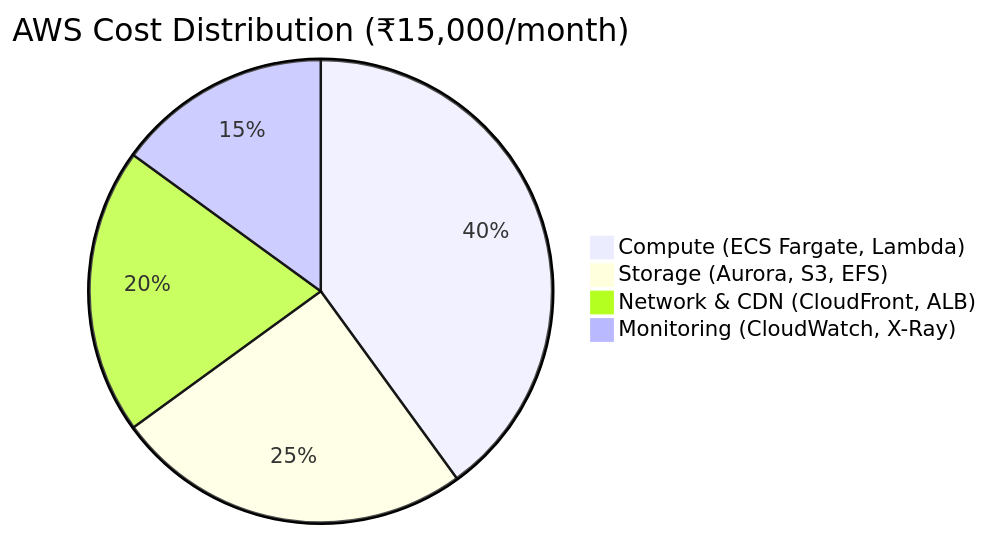
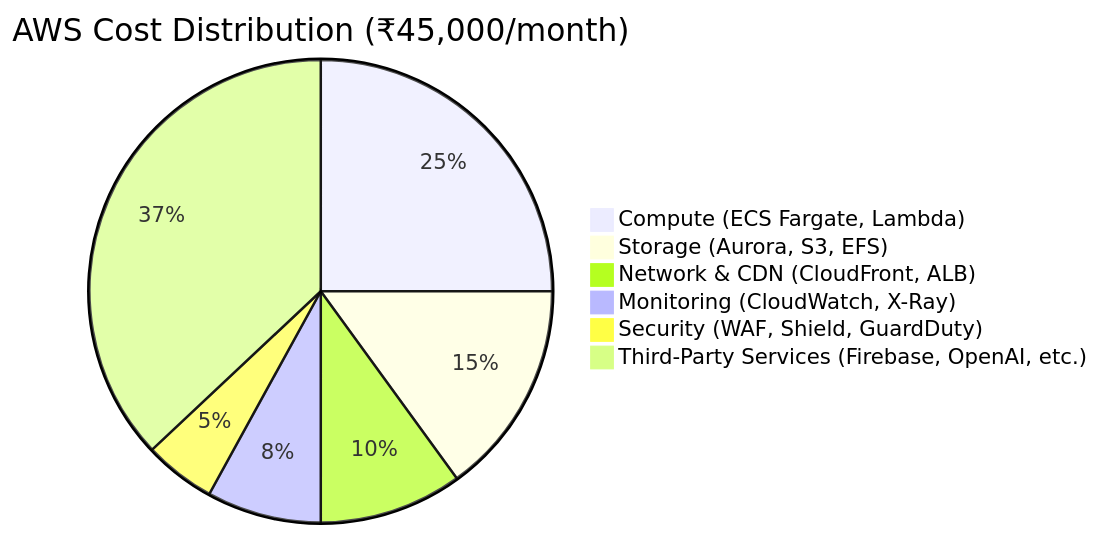
Before and after one commit to manizvlabs/agentmitra: the sixth of 16 diagrams in discovery/deployment/deployment-design.md, drawn with Mermaid. The commit also changed other lines of this file, not shown here.

First line of the commit message:
refactor: unify backend architecture - remove Node.js backend, keep React frontend

````diff
--- a/discovery/deployment/deployment-design.md
+++ b/discovery/deployment/deployment-design.md
@@ -155,7 +595,9 @@
 ```mermaid
-pie title AWS Cost Distribution (₹15,000/month)
-    "Compute (ECS Fargate, Lambda)" : 40
-    "Storage (Aurora, S3, EFS)" : 25
-    "Network & CDN (CloudFront, ALB)" : 20
-    "Monitoring (CloudWatch, X-Ray)" : 15
+pie title AWS Cost Distribution (₹45,000/month)
+    "Compute (ECS Fargate, Lambda)" : 25
+    "Storage (Aurora, S3, EFS)" : 15
+    "Network & CDN (CloudFront, ALB)" : 10
+    "Monitoring (CloudWatch, X-Ray)" : 8
+    "Security (WAF, Shield, GuardDuty)" : 5
+    "Third-Party Services (Firebase, OpenAI, etc.)" : 37
 ```
````
